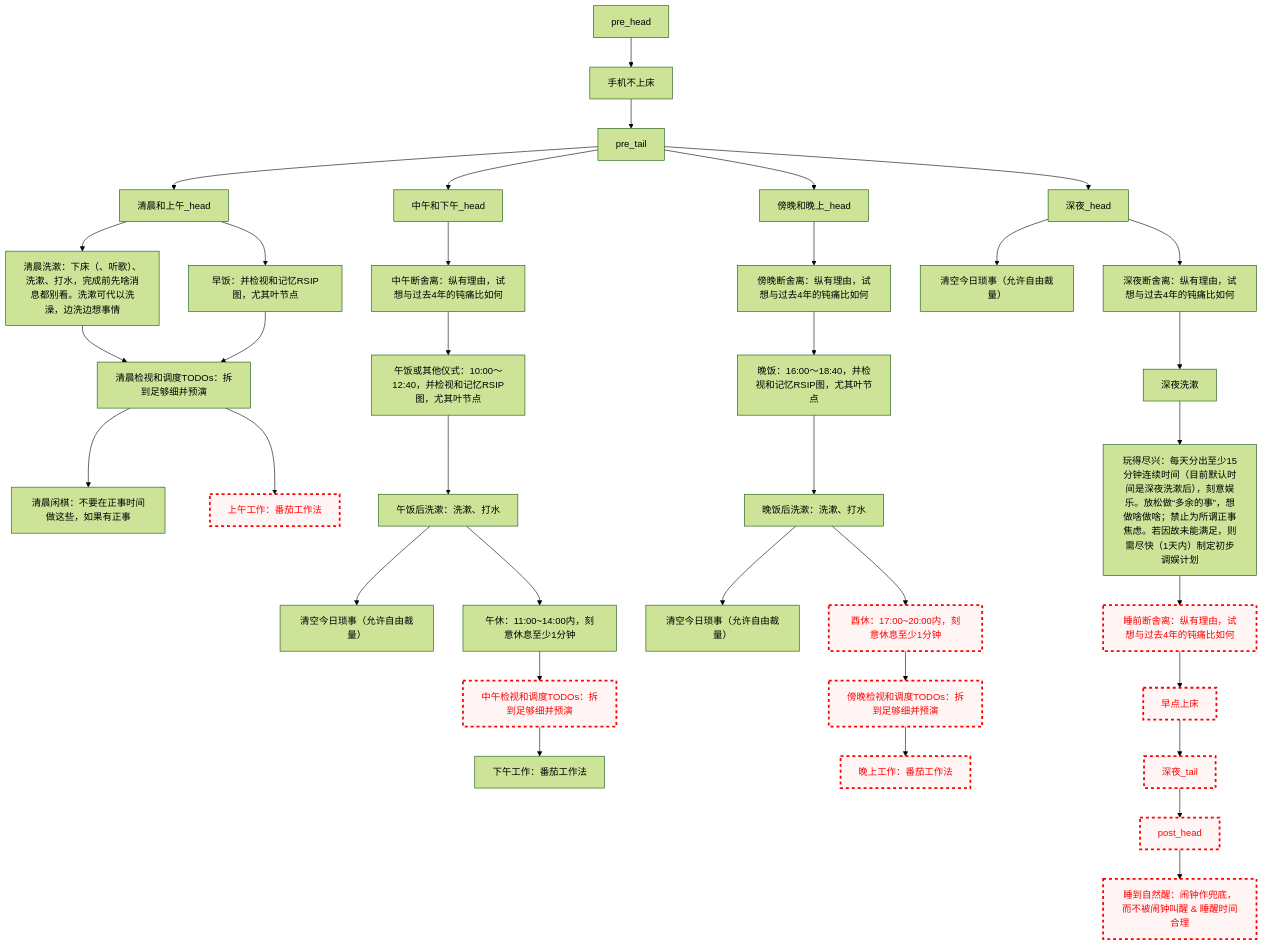
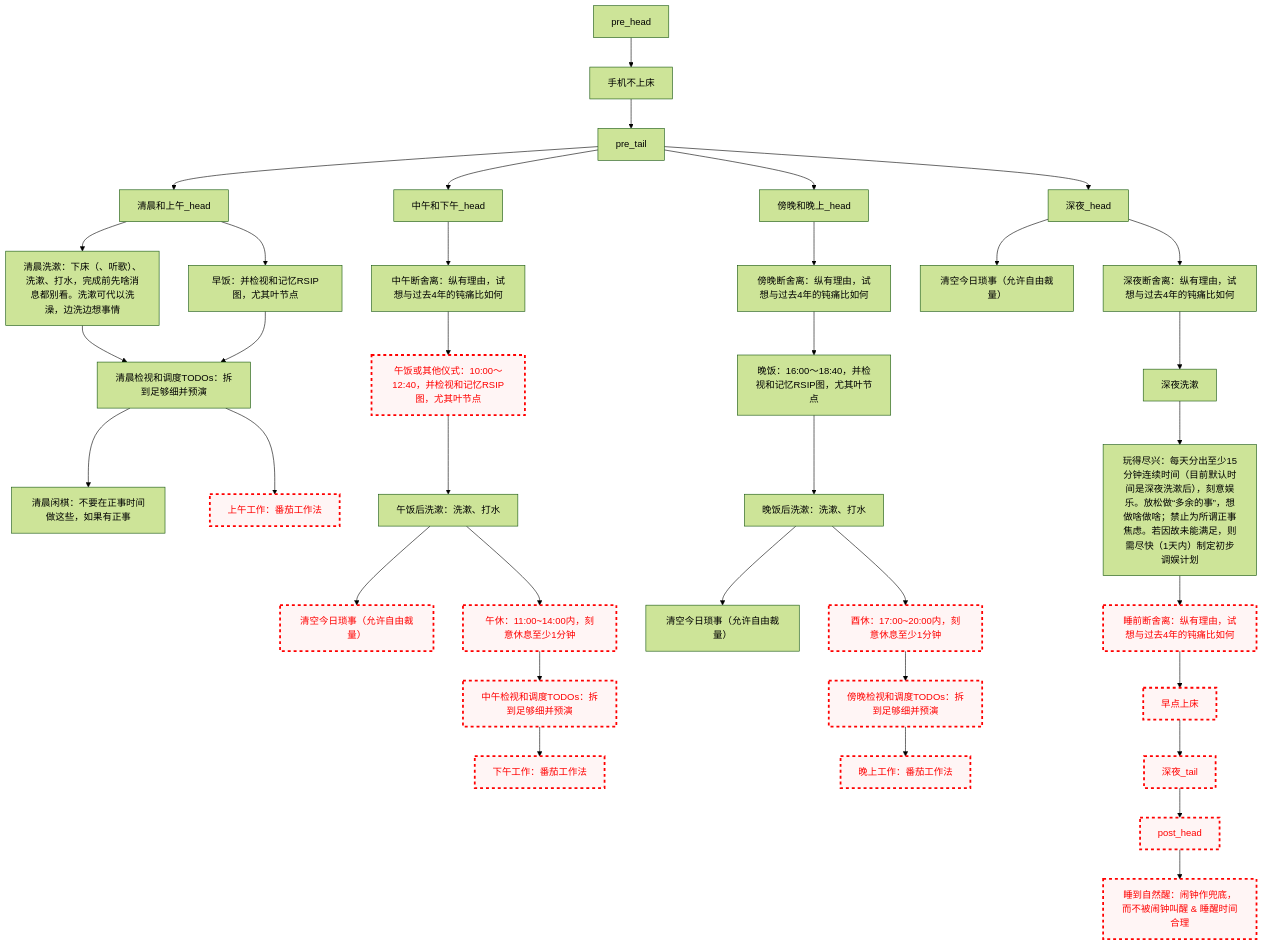
The diagram in README.md (Ethkuil/RSIP-tree), drawn with Mermaid (forest theme) before and after one commit.

Commit message:
disable 午饭

````diff
--- a/README.md
+++ b/README.md
@@ -21,58 +21,63 @@
 ```mermaid
 graph TD
 
 classDef failed stroke:#ff0000, stroke-width:3px, color:#ff0000, fill:#fff5f5, stroke-dasharray: 5
 
 pre_head --> 手机不上床
 手机不上床 --> pre_tail
 
 
 pre_tail --> 清晨和上午_head
 清晨和上午_head --> 清晨洗漱[清晨洗漱：下床（、听歌）、洗漱、打水，完成前先啥消息都别看。洗漱可代以洗澡，边洗边想事情]
 清晨和上午_head --> 早饭[早饭：并检视和记忆RSIP图，尤其叶节点]
 清晨洗漱 --> 清晨看TODO[清晨检视和调度TODOs：拆到足够细并预演]
 早饭 --> 清晨看TODO
 清晨看TODO --> 清晨闲棋[清晨闲棋：不要在正事时间做这些，如果有正事]
 清晨看TODO --> 上午工作[上午工作：番茄工作法]
 class 上午工作 failed
 
 pre_tail --> 中午和下午_head
 中午和下午_head --> 中午断舍离[中午断舍离：纵有理由，试想与过去4年的钝痛比如何]
 中午断舍离 --> 午饭[午饭或其他仪式：10:00～12:40，并检视和记忆RSIP图，尤其叶节点]
+class 午饭 failed
 午饭 --> 午饭后洗漱[午饭后洗漱：洗漱、打水]
+class 午饭 failed
 午饭后洗漱 --> 中午今日琐事[清空今日琐事（允许自由裁量）]
+class 中午今日琐事 failed
 午饭后洗漱 --> 午休[午休：11:00~14:00内，刻意休息至少1分钟]
+class 午休 failed
 午休 --> 中午看TODO[中午检视和调度TODOs：拆到足够细并预演]
 class 中午看TODO failed
 中午看TODO --> 下午工作[下午工作：番茄工作法]
+class 下午工作 failed
 
 pre_tail --> 傍晚和晚上_head
 傍晚和晚上_head --> 傍晚断舍离[傍晚断舍离：纵有理由，试想与过去4年的钝痛比如何]
 傍晚断舍离 --> 晚饭[晚饭：16:00～18:40，并检视和记忆RSIP图，尤其叶节点]
 晚饭 --> 晚饭后洗漱[晚饭后洗漱：洗漱、打水]
 晚饭后洗漱 --> 傍晚今日琐事[清空今日琐事（允许自由裁量）]
 晚饭后洗漱 --> 酉休[酉休：17:00~20:00内，刻意休息至少1分钟]
 class 酉休 failed
 酉休 --> 傍晚看TODO[傍晚检视和调度TODOs：拆到足够细并预演]
 class 傍晚看TODO failed
 傍晚看TODO --> 晚上工作[晚上工作：番茄工作法]
 class 晚上工作 failed
 
 pre_tail --> 深夜_head
 深夜_head --> 深夜今日琐事[清空今日琐事（允许自由裁量）]
 深夜_head --> 深夜断舍离[深夜断舍离：纵有理由，试想与过去4年的钝痛比如何]
 深夜断舍离 --> 深夜洗漱
 深夜洗漱 --> 玩得尽兴[玩得尽兴：每天分出至少15分钟连续时间（目前默认时间是深夜洗漱后），刻意娱乐。放松做“多余的事”，想做啥做啥；禁止为所谓正事焦虑。若因故未能满足，则需尽快（1天内）制定初步调娱计划]
 玩得尽兴 --> 睡前断舍离[睡前断舍离：纵有理由，试想与过去4年的钝痛比如何]
 class 睡前断舍离 failed
 睡前断舍离 --> 早点上床
 class 早点上床 failed
 早点上床 --> 深夜_tail
 class 深夜_tail failed
 
 
 深夜_tail --> post_head
 class post_head failed
 post_head --> 睡到自然醒[睡到自然醒：闹钟作兜底，而不被闹钟叫醒 & 睡醒时间合理]
 class 睡到自然醒 failed
 ```
````
